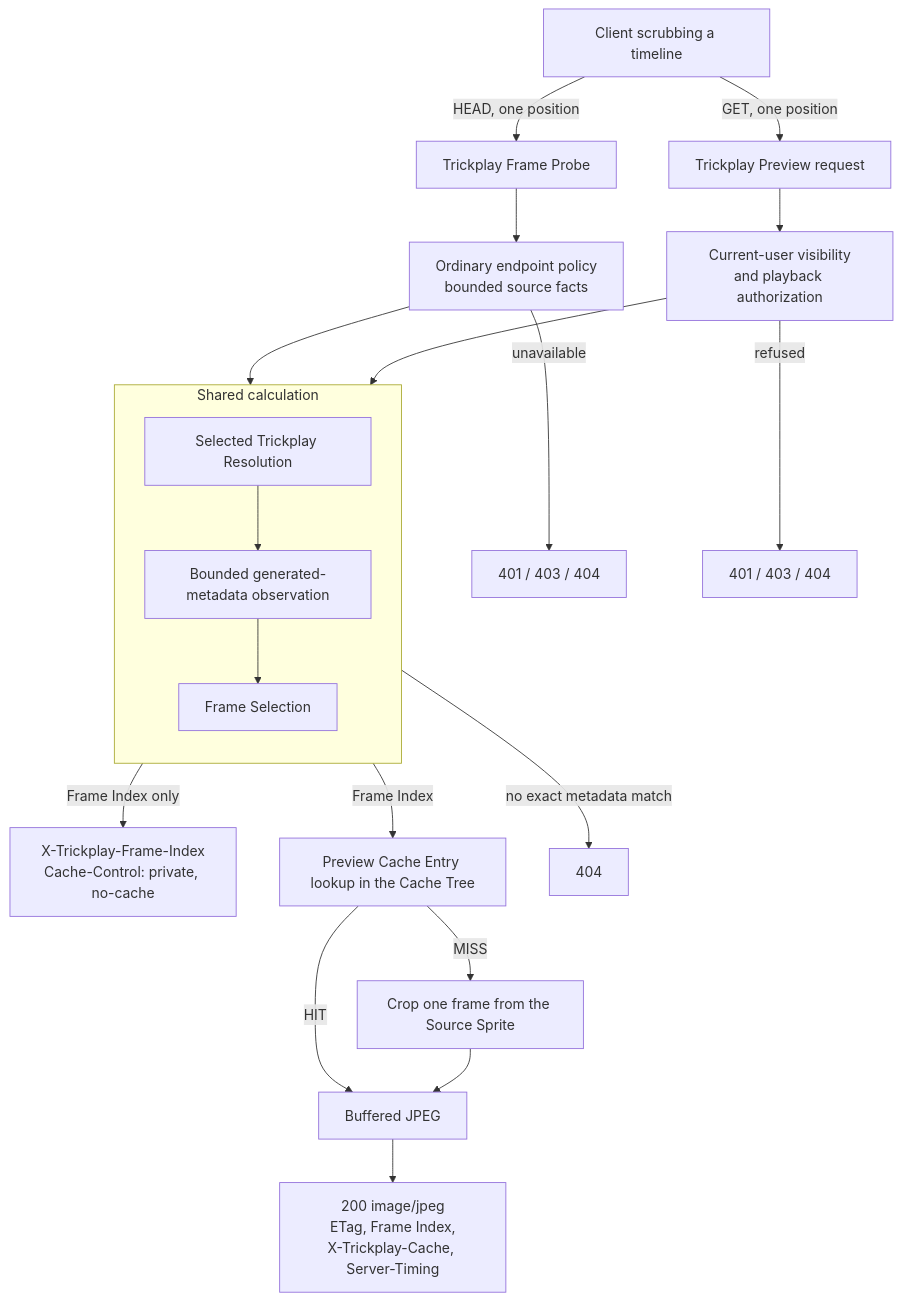
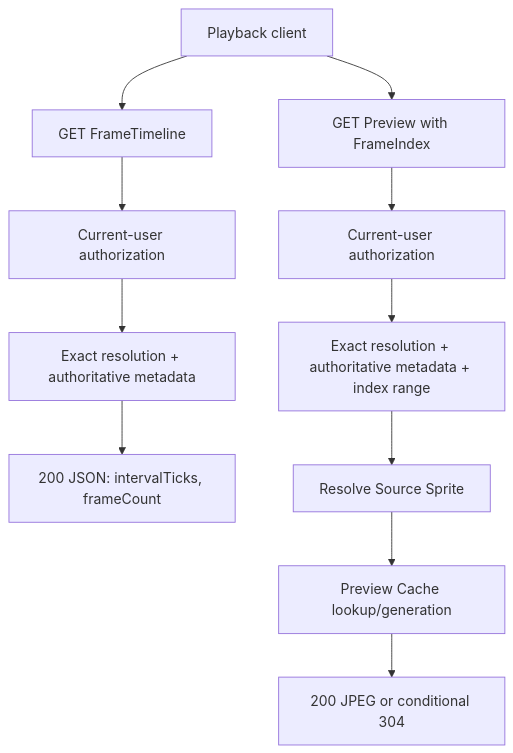
The diagram in docs/business/lifecycle/README.md (xiakeng/trickplay-cropper), drawn with Mermaid before and after one commit. The commit also changed other lines of this file and 25 other files, not shown here.

````diff
--- a/docs/business/lifecycle/README.md
+++ b/docs/business/lifecycle/README.md
@@ -22,30 +11,13 @@
 ```mermaid
 flowchart TD
-    Client["Client scrubbing a timeline"]
-
-    Client -->|"HEAD, one position"| Probe["Trickplay Frame Probe"]
-    Client -->|"GET, one position"| Request["Trickplay Preview request"]
-
-    Probe --> ProbeSource["Ordinary endpoint policy<br/>bounded source facts"]
-    Request --> PreviewAuth["Current-user visibility<br/>and playback authorization"]
-    ProbeSource --> Pipeline
-    PreviewAuth --> Pipeline
-
-    subgraph Pipeline["Shared calculation"]
-        direction TB
-        Resolution["Selected Trickplay Resolution"]
-        Resolution --> Metadata["Bounded generated-metadata observation"]
-        Metadata --> Selection["Frame Selection"]
-    end
-
-    Selection -->|"Frame Index only"| ProbeAnswer["X-Trickplay-Frame-Index<br/>Cache-Control: private, no-cache"]
-    Selection -->|"Frame Index"| Cache["Preview Cache Entry lookup in the Cache Tree"]
-    Cache -->|"HIT"| Buffer["Buffered JPEG"]
-    Cache -->|"MISS"| Generate["Crop one frame from the Source Sprite"]
-    Generate --> Buffer
-    Buffer --> Answer["200 image/jpeg<br/>ETag, Frame Index,<br/>X-Trickplay-Cache, Server-Timing"]
-
-    ProbeSource -->|"unavailable"| RefusedProbe["401 / 403 / 404"]
-    PreviewAuth -->|"refused"| RefusedAuth["401 / 403 / 404"]
-    Resolution -->|"no exact metadata match"| RefusedResolution["404"]
+    Client["Playback client"] --> Timeline["GET FrameTimeline"]
+    Client --> Preview["GET Preview with FrameIndex"]
+    Timeline --> Auth["Current-user authorization"]
+    Preview --> Auth2["Current-user authorization"]
+    Auth --> Calc["Exact resolution + authoritative metadata"]
+    Auth2 --> Calc2["Exact resolution + authoritative metadata + index range"]
+    Calc --> TOut["200 JSON: intervalTicks, frameCount"]
+    Calc2 --> Source["Resolve Source Sprite"]
+    Source --> Cache["Preview Cache lookup/generation"]
+    Cache --> POut["200 JPEG or conditional 304"]
 ```
````
